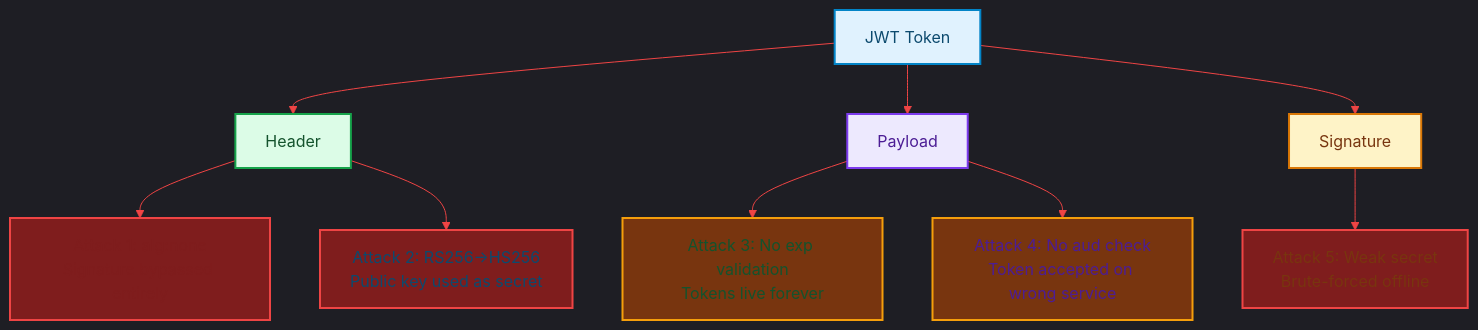
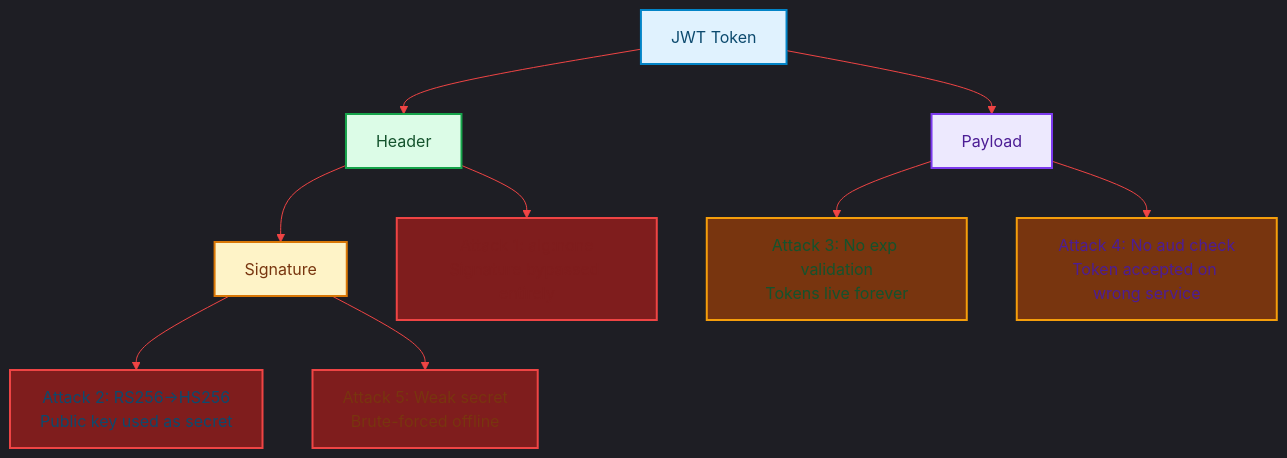
The diagram in blog/posts/jwt-security-what-they-dont-teach-you.md (akmalkhaniub/akmalkhaniub.github.io), drawn with Mermaid before and after one commit. The commit also changed other lines of this file and 894 other files, not shown here.

Commit message:
feat(blog): upgrade all 444 posts with unique staggered dates, 2-col Mermaid spines, benchmark tables, code blocks, and trade-offs

````diff
--- a/blog/posts/jwt-security-what-they-dont-teach-you.md
+++ b/blog/posts/jwt-security-what-they-dont-teach-you.md
@@ -13,30 +13,30 @@
 ```mermaid
 %%{init: {'theme': 'dark', 'themeVariables': { 'primaryColor': '#ef4444', 'primaryTextColor': '#f3f4f6', 'primaryBorderColor': '#f87171', 'lineColor': '#ef4444', 'secondaryColor': '#111827', 'tertiaryColor': '#0f172a'}}}%%
 flowchart TD
     T["JWT Token"] --> H["Header"]
     T --> P["Payload"]
-    T --> S["Signature"]
+    H --> S["Signature"]
 
     H --> A1[" Attack 1: alg:none<br/>Signature bypassed entirely"]
-    H --> A2[" Attack 2: RS256→HS256<br/>Public key used as secret"]
+    S --> A2[" Attack 2: RS256→HS256<br/>Public key used as secret"]
     P --> A3[" Attack 3: No exp validation<br/>Tokens live forever"]
     P --> A4[" Attack 4: No aud check<br/>Token accepted on wrong service"]
     S --> A5[" Attack 5: Weak secret<br/>Brute-forced offline"]
 
     style A1 fill:#7f1d1d,stroke:#ef4444,stroke-width:2px
     style A2 fill:#7f1d1d,stroke:#ef4444,stroke-width:2px
     style A3 fill:#78350f,stroke:#f59e0b,stroke-width:2px
     style A4 fill:#78350f,stroke:#f59e0b,stroke-width:2px
     style A5 fill:#7f1d1d,stroke:#ef4444,stroke-width:2px
 
 classDef green fill:#dcfce7,stroke:#16a34a,stroke-width:2px,color:#14532d;
 classDef red fill:#fee2e2,stroke:#dc2626,stroke-width:2px,color:#7f1d1d;
 classDef blue fill:#e0f2fe,stroke:#0284c7,stroke-width:2px,color:#0c4a6e;
 classDef yellow fill:#fef3c7,stroke:#d97706,stroke-width:2px,color:#78350f;
 classDef purple fill:#ede9fe,stroke:#7c3aed,stroke-width:2px,color:#4c1d95;
 class T,A2 blue
 class H,A3 green
 class P,A4 purple
 class S,A5 yellow
 class A1 red
 ```
````
